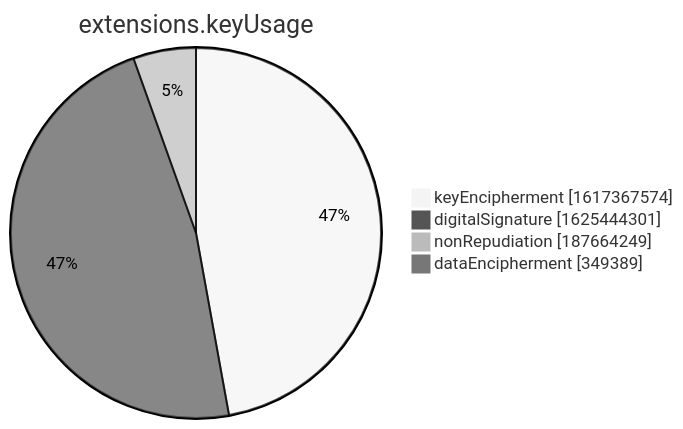
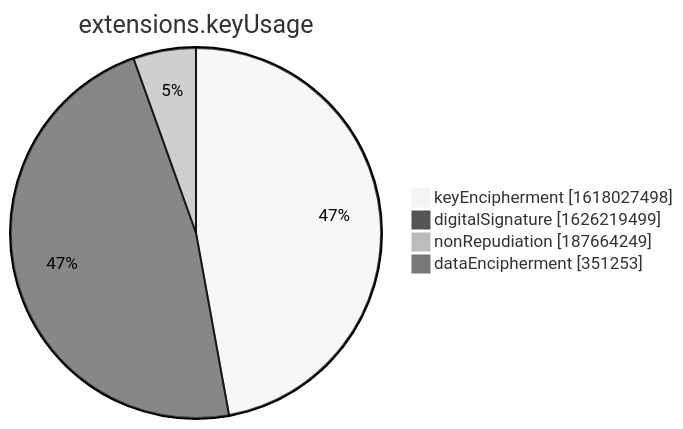
One commit to christiankrug/ctmonitor_visualization changed the seventh of 15 diagrams in xenon2022/README.md. Above: the diagram before and after it, drawn with Mermaid (neutral theme). The commit also changed other lines of this file, not shown here.

````diff
--- a/xenon2022/README.md
+++ b/xenon2022/README.md
@@ -2855,8 +2855,8 @@
 ```mermaid
 pie showData
 title extensions.keyUsage
-"keyEncipherment" :1617367574
-"digitalSignature" :1625444301
+"keyEncipherment" :1618027498
+"digitalSignature" :1626219499
 "nonRepudiation" :187664249
-"dataEncipherment" :349389
+"dataEncipherment" :351253
 ```
````
